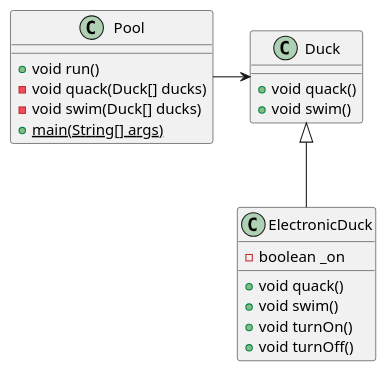
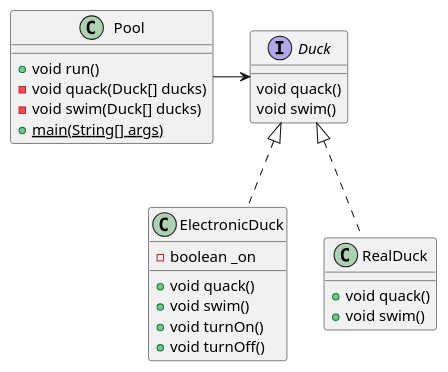
One commit to inesachour/Architecture_Logiciel_TP1_SOLID changed the diagram in LSP/src/com/directi/training/lsp/exercise/diagram.puml. Above: the diagram before and after it, drawn with PlantUML. The commit also changed 3 other files, not shown here.

```diff
--- a/LSP/src/com/directi/training/lsp/exercise/diagram.puml
+++ b/LSP/src/com/directi/training/lsp/exercise/diagram.puml
@@ -1,26 +1,30 @@
 @startuml
 
-class Duck{
-    + void quack()
-    + void swim()
+interface Duck{
+    void quack()
+    void swim()
 }
 
-class ElectronicDuck{
+class ElectronicDuck implements Duck{
     - boolean _on
     + void quack()
     + void swim()
     + void turnOn()
     + void turnOff()
+}
+
+class RealDuck implements Duck{
+    + void quack()
+    + void swim()
 }
 
 class Pool{
     + void run()
     - void quack(Duck[] ducks)
     - void swim(Duck[] ducks)
     {static} + main(String[] args)
 }
 
-Duck ^-- ElectronicDuck
 Pool -> Duck
 
 @enduml
```
